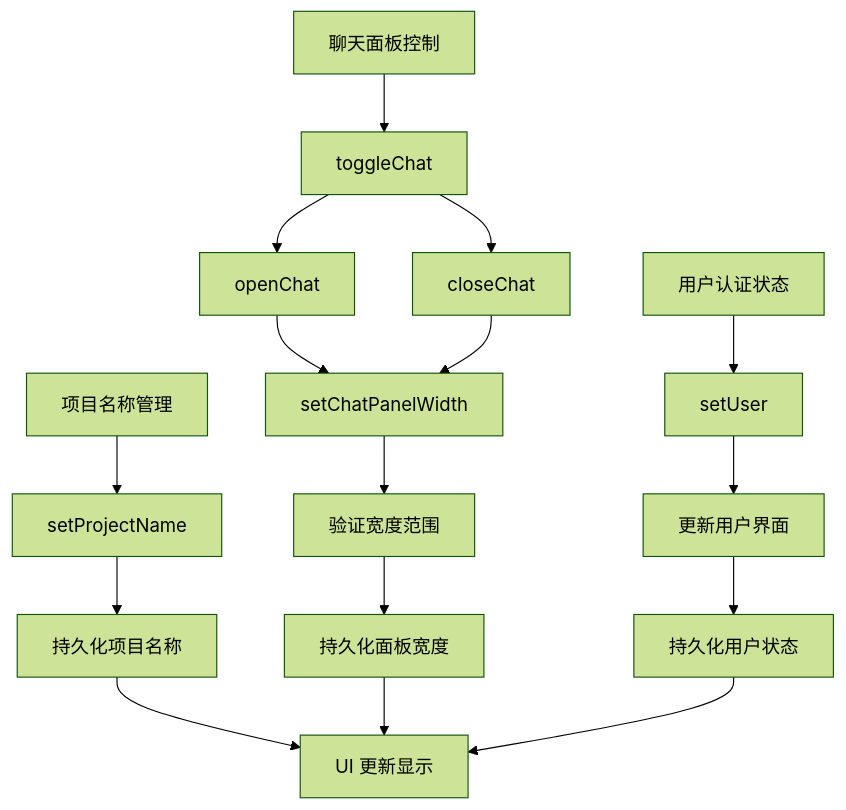
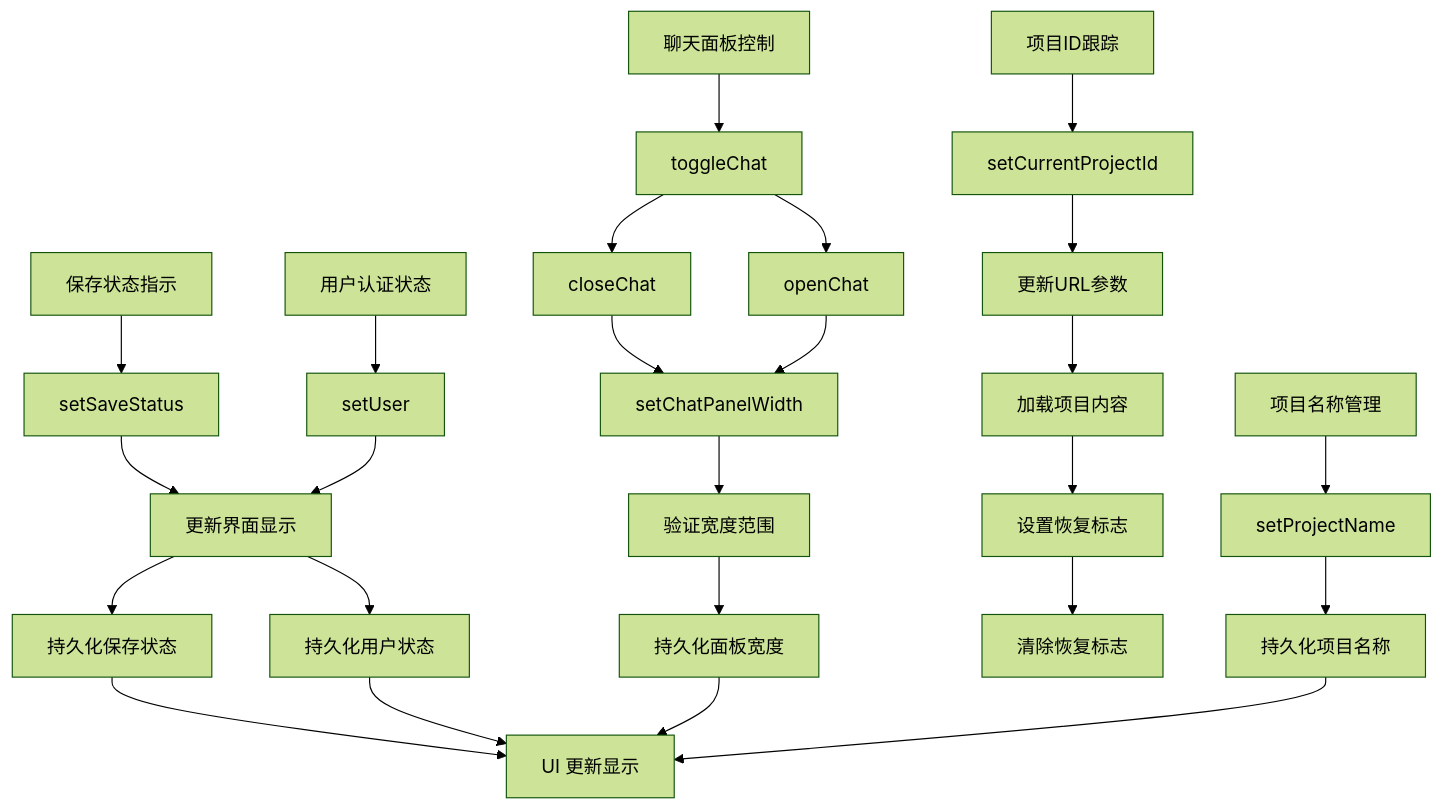
One commit to billye220670/BananaFlow2 changed diagram 21 of 29 in .qoder/repowiki/zh/content/状态管理系统.md. Above: the diagram before and after it, drawn with Mermaid (forest theme). The commit also changed other lines of this file and 12 other files, not shown here.

First line of the commit message:
fix: shimmer占位图全程覆盖 + 拖入无限循环修复

````diff
--- a/.qoder/repowiki/zh/content/状态管理系统.md
+++ b/.qoder/repowiki/zh/content/状态管理系统.md
@@ -544,18 +808,27 @@
 ```mermaid
 flowchart TD
 ProjectName[项目名称管理] --> SetName[setProjectName]
 SetName --> PersistName[持久化项目名称]
 PersistName --> UIUpdate[UI 更新显示]
 ChatPanel[聊天面板控制] --> Toggle[toggleChat]
 Toggle --> Open[openChat]
 Toggle --> Close[closeChat]
 Open --> Resize[setChatPanelWidth]
 Close --> Resize
 Resize --> Validate[验证宽度范围]
 Validate --> PersistWidth[持久化面板宽度]
 PersistWidth --> UIUpdate
 UserAuth[用户认证状态] --> SetUser[setUser]
 SetUser --> UpdateUI[更新用户界面]
 UpdateUI --> PersistUser[持久化用户状态]
 PersistUser --> UIUpdate
+ProjectTracking[项目ID跟踪] --> SetCurrentId[setCurrentProjectId]
+SetCurrentId --> UpdateURL[更新URL参数]
+UpdateURL --> LoadProject[加载项目内容]
+LoadProject --> SetRestoreFlag[设置恢复标志]
+SetRestoreFlag --> ClearRestoreFlag[清除恢复标志]
+SaveStatus[保存状态指示] --> SetSaveStatus[setSaveStatus]
+SetSaveStatus --> UpdateUI[更新界面显示]
+UpdateUI --> PersistSaveStatus[持久化保存状态]
+PersistSaveStatus --> UIUpdate
 ```
````
